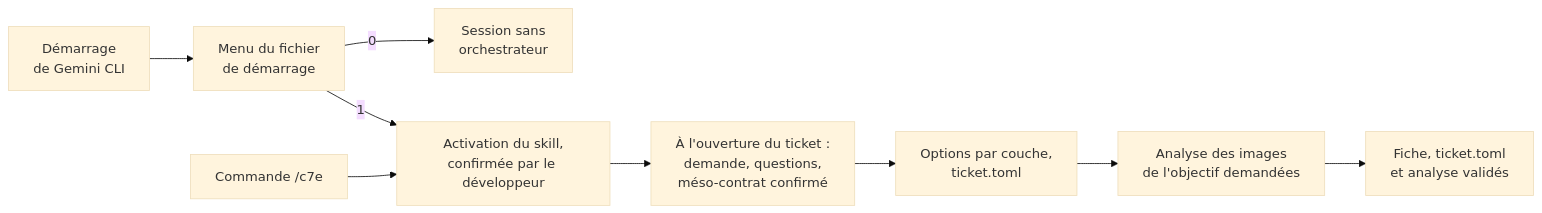
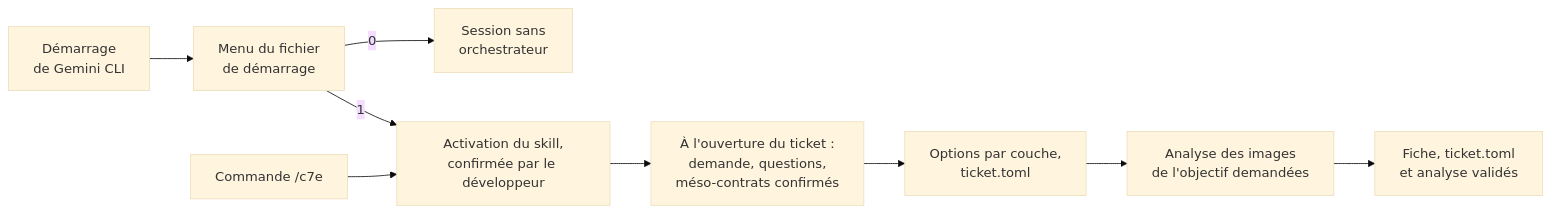
Before and after one commit to FredGarcia/Agent2Prompt: the diagram in docs/orchestrateur-c7e/mode-emploi.md, drawn with Mermaid (base theme). The commit also changed other lines of this file and 9 other files, not shown here.

First line of the commit message:
spec(orchestrateur-c7e): version 3.5.0, composition de méso-contrats

````diff
--- a/docs/orchestrateur-c7e/mode-emploi.md
+++ b/docs/orchestrateur-c7e/mode-emploi.md
@@ -121,11 +121,11 @@
 ```mermaid
 flowchart LR
   L["Démarrage<br/>de Gemini CLI"] --> M["Menu du fichier<br/>de démarrage"]
   M -- "0" --> S["Session sans<br/>orchestrateur"]
   M -- "1" --> A["Activation du skill,<br/>confirmée par le développeur"]
   C["Commande /c7e"] --> A
-  A --> Q["À l'ouverture du ticket :<br/>demande, questions,<br/>méso-contrat confirmé"]
+  A --> Q["À l'ouverture du ticket :<br/>demande, questions,<br/>méso-contrats confirmés"]
   Q --> K["Options par couche,<br/>ticket.toml"]
   K --> I["Analyse des images<br/>de l'objectif demandées"]
   I --> V["Fiche, ticket.toml<br/>et analyse validés"]
 ```
````
